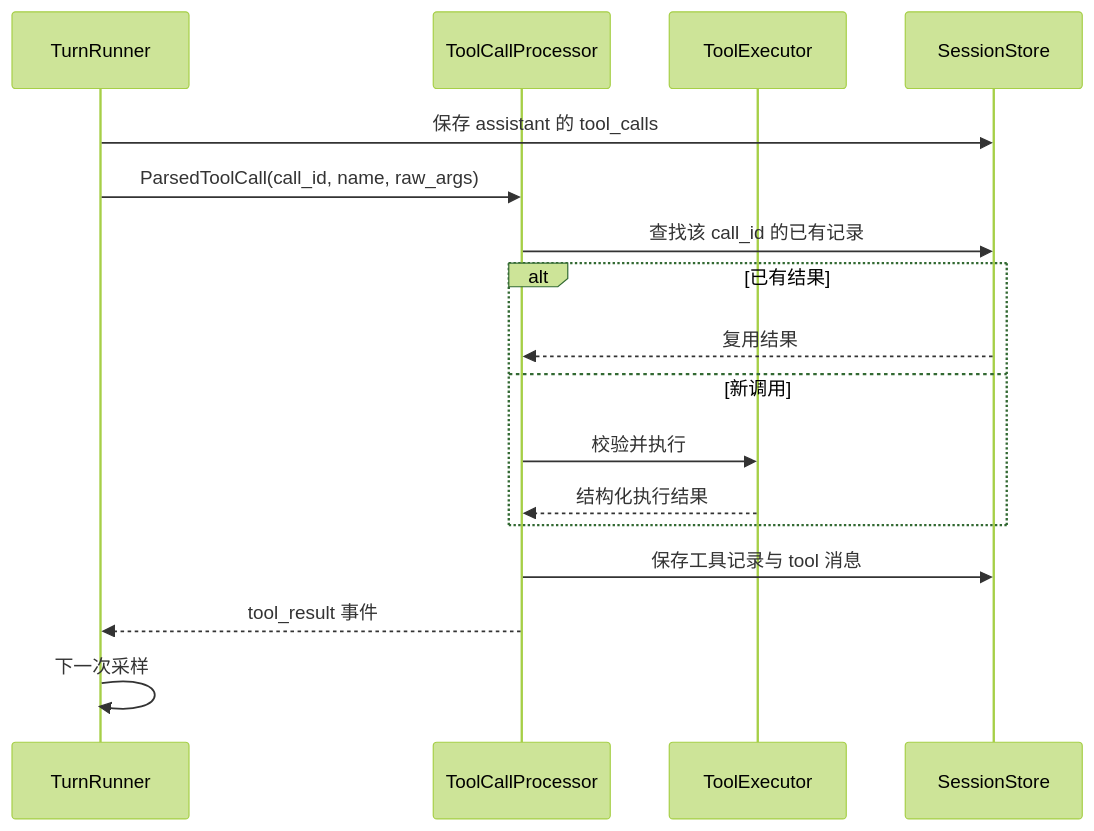
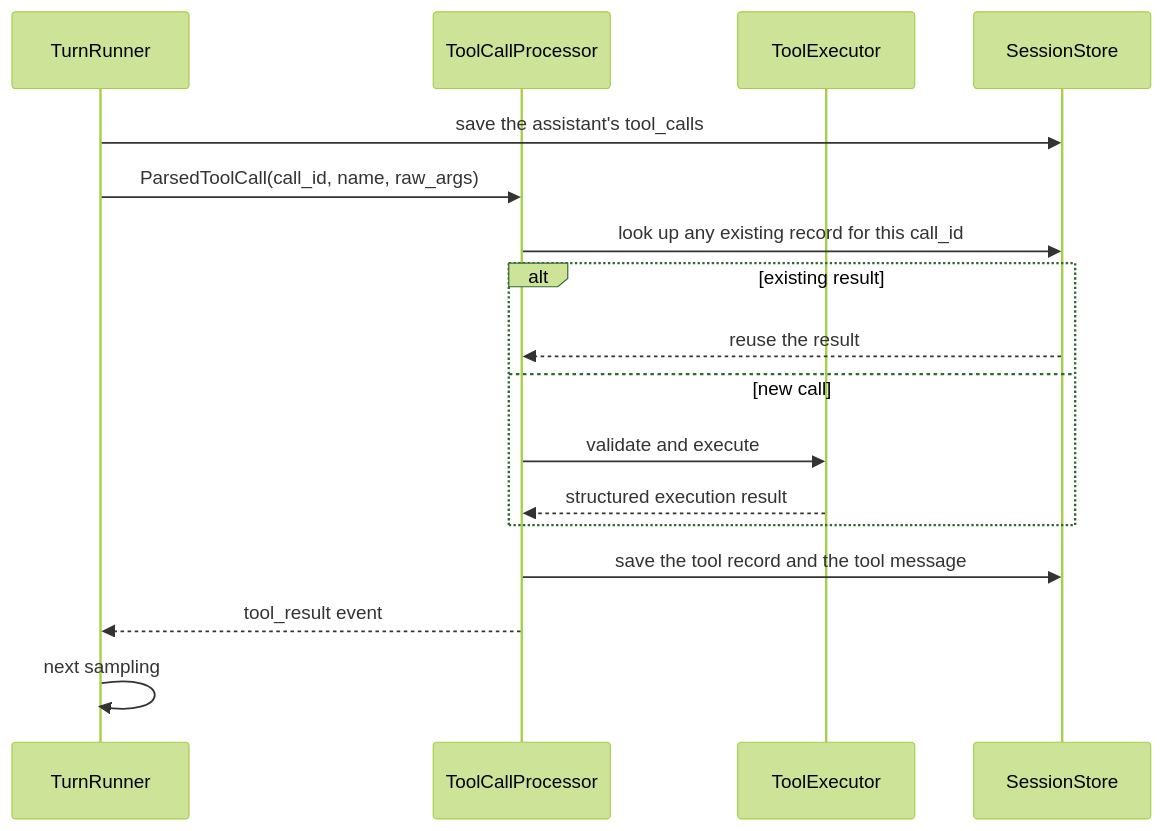
Before and after one commit to Azzurroooo/rind: the diagram in docs/internals/04-tools/tool-call-lifecycle.md, drawn with Mermaid (forest theme). The commit also changed other lines of this file and 109 other files, not shown here.

```diff
--- a/docs/internals/04-tools/tool-call-lifecycle.md
+++ b/docs/internals/04-tools/tool-call-lifecycle.md
@@ -5,19 +7,19 @@
 ~~~mermaid
 sequenceDiagram
     participant R as TurnRunner
     participant P as ToolCallProcessor
     participant X as ToolExecutor
     participant S as SessionStore
-    R->>S: 保存 assistant 的 tool_calls
+    R->>S: save the assistant's tool_calls
     R->>P: ParsedToolCall(call_id, name, raw_args)
-    P->>S: 查找该 call_id 的已有记录
-    alt 已有结果
-        S-->>P: 复用结果
-    else 新调用
-        P->>X: 校验并执行
-        X-->>P: 结构化执行结果
+    P->>S: look up any existing record for this call_id
+    alt existing result
+        S-->>P: reuse the result
+    else new call
+        P->>X: validate and execute
+        X-->>P: structured execution result
     end
-    P->>S: 保存工具记录与 tool 消息
-    P-->>R: tool_result 事件
-    R->>R: 下一次采样
+    P->>S: save the tool record and the tool message
+    P-->>R: tool_result event
+    R->>R: next sampling
 ~~~
```
